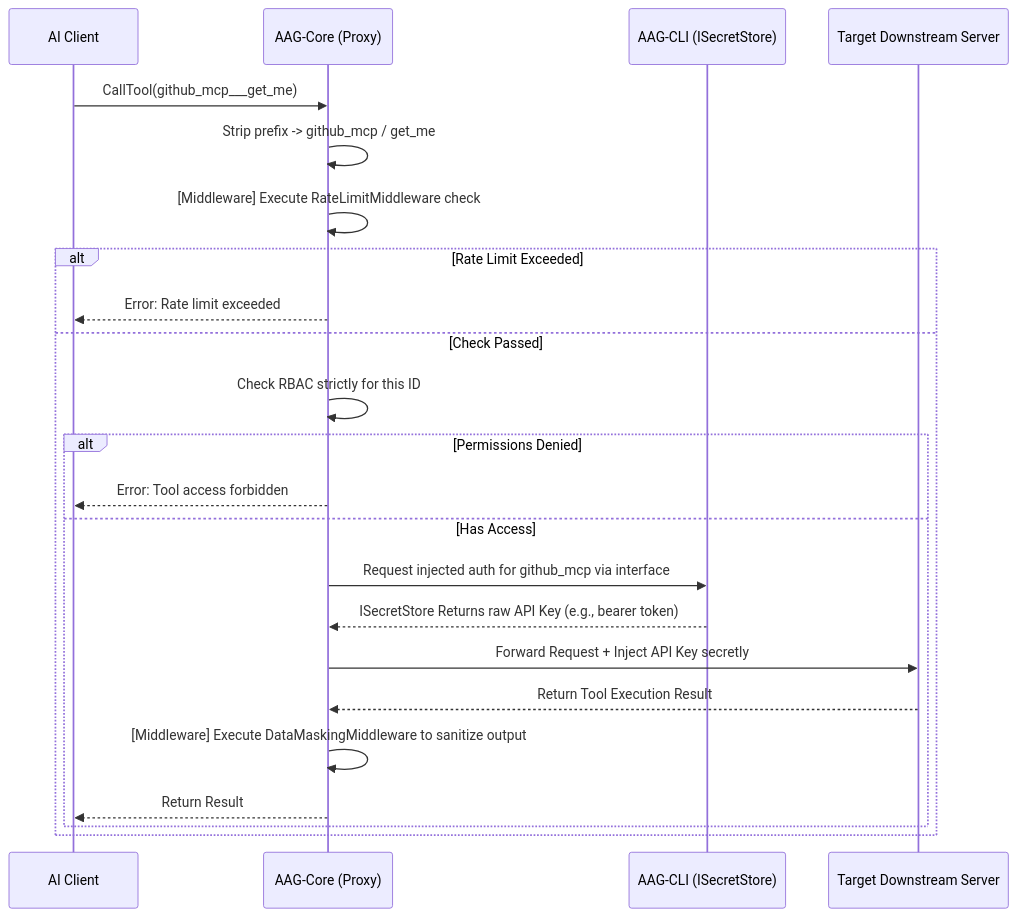
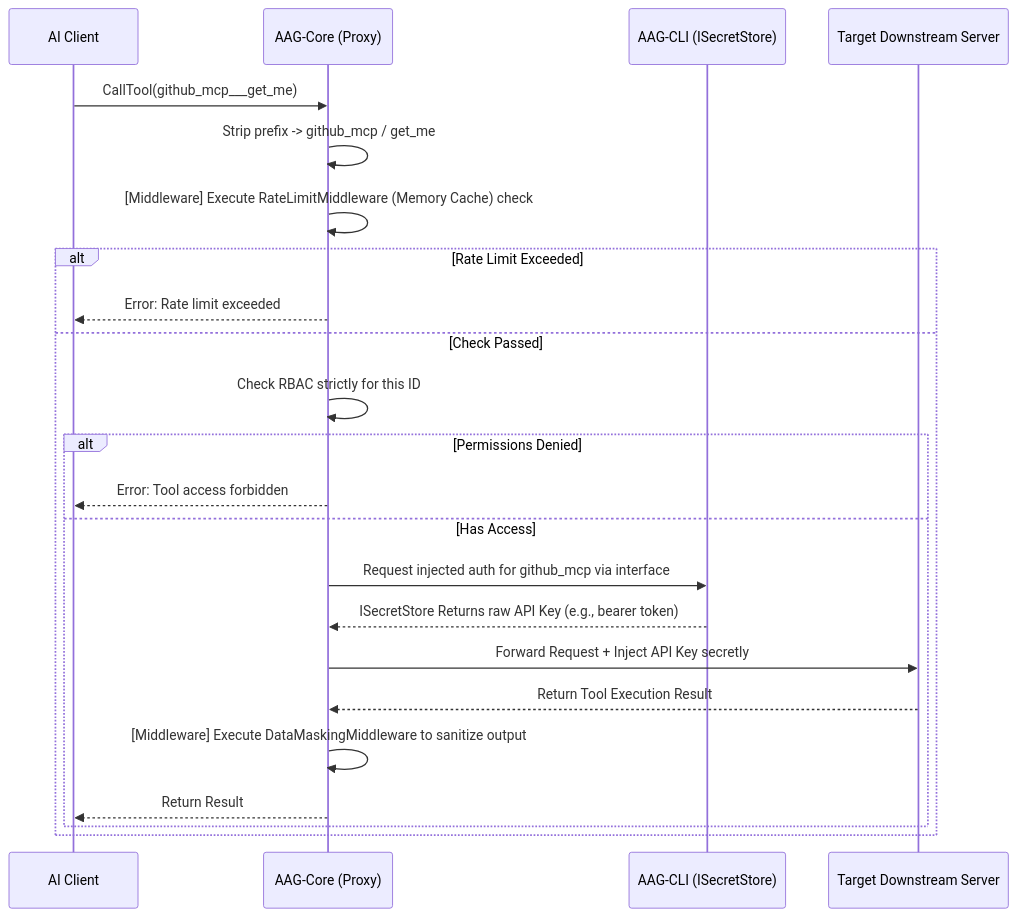
The third of 3 diagrams in ARCHITECTURE.md (Cyber-Sec-Space/ai-auth-gateway), drawn with Mermaid before and after one commit. The commit also changed other lines of this file and 7 other files, not shown here.

Commit message:
docs: update changelog, architecture diagrams, and readmes for rate limit optimizations (v1.0.8/1.0.9)

````diff
--- a/ARCHITECTURE.md
+++ b/ARCHITECTURE.md
@@ -125,26 +125,26 @@
 ```mermaid
 sequenceDiagram
     participant AI as AI Client
     participant Core as AAG-Core (Proxy)
     participant KV as AAG-CLI (ISecretStore)
     participant MCP as Target Downstream Server
 
     AI->>Core: CallTool(github_mcp___get_me)
     Core->>Core: Strip prefix -> github_mcp / get_me
-    Core->>Core: [Middleware] Execute RateLimitMiddleware check
+    Core->>Core: [Middleware] Execute RateLimitMiddleware (Memory Cache) check
     alt Rate Limit Exceeded
         Core-->>AI: Error: Rate limit exceeded
     else Check Passed
         Core->>Core: Check RBAC strictly for this ID
         alt Permissions Denied
             Core-->>AI: Error: Tool access forbidden
         else Has Access
             Core->>KV: Request injected auth for github_mcp via interface
             KV-->>Core: ISecretStore Returns raw API Key (e.g., bearer token)
             Core->>MCP: Forward Request + Inject API Key secretly
             MCP-->>Core: Return Tool Execution Result
             Core->>Core: [Middleware] Execute DataMaskingMiddleware to sanitize output
             Core-->>AI: Return Result
         end
     end
 ```
````
